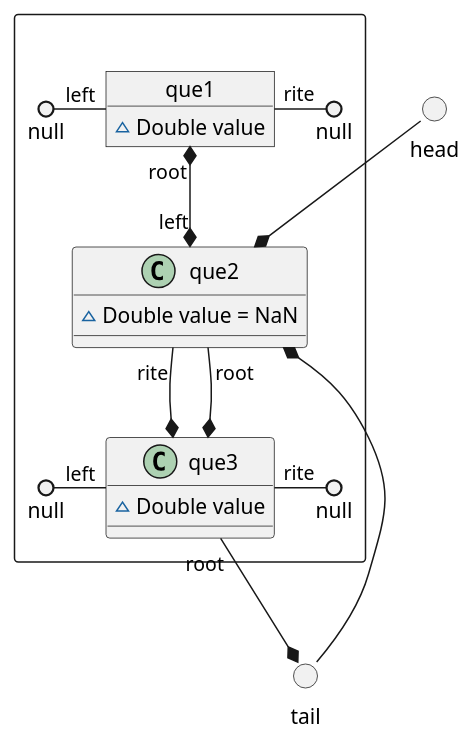
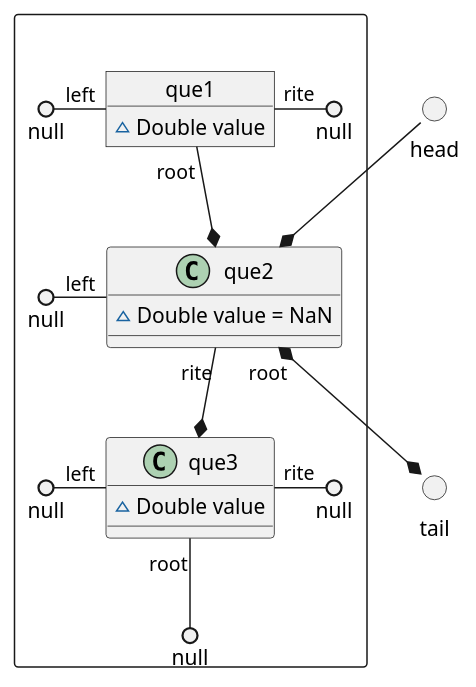
The diagram in src/docs/UML/reorderScheme/_06_queue.puml (vitalispopoff/calculator), drawn with PlantUML before and after one commit. The commit also changed 17 other files, not shown here.

```diff
--- a/src/docs/UML/reorderScheme/_06_queue.puml
+++ b/src/docs/UML/reorderScheme/_06_queue.puml
@@ -1,38 +1,32 @@
 @startuml
 
 () head
 () tail
 
 package " " <<Rectangle>>{
 
-    head --*  que2
+         head --* que2
 
     object que1{
         ~ Double value
     }
-        null ()- "left" que1
+    null ()- "left" que1
         que1 "rite" -() null
-        que1 "root" *--* "left" que2
+        que1 "root" --* que2
 
     object que2{
         ~ Double value = NaN
     }
+        null ()- "left" que2
         que2 "rite" --* que3
-        que2 "root" --*  que3
-        que2 *-- tail
+        que2 "root" *--* tail
 
     object que3{
         ~ Double value
     }
         null ()- "left" que3
         que3 "rite" -() null
-        que3 "root" --* tail
-
-
-
-
+        que3 "root" --() null
 }
 
-
-
 @enduml
```
